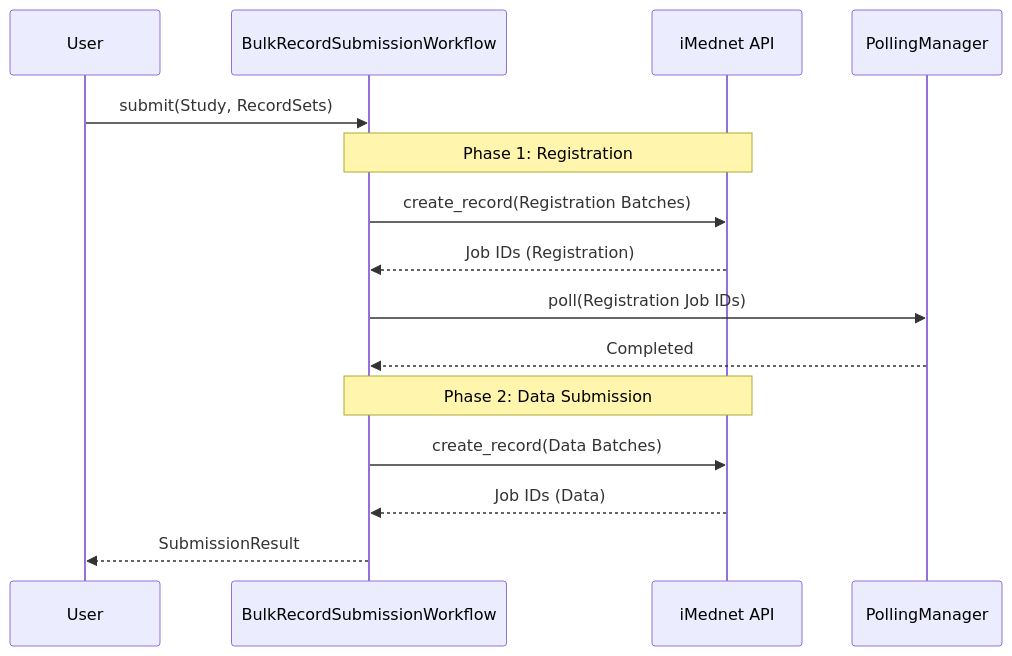
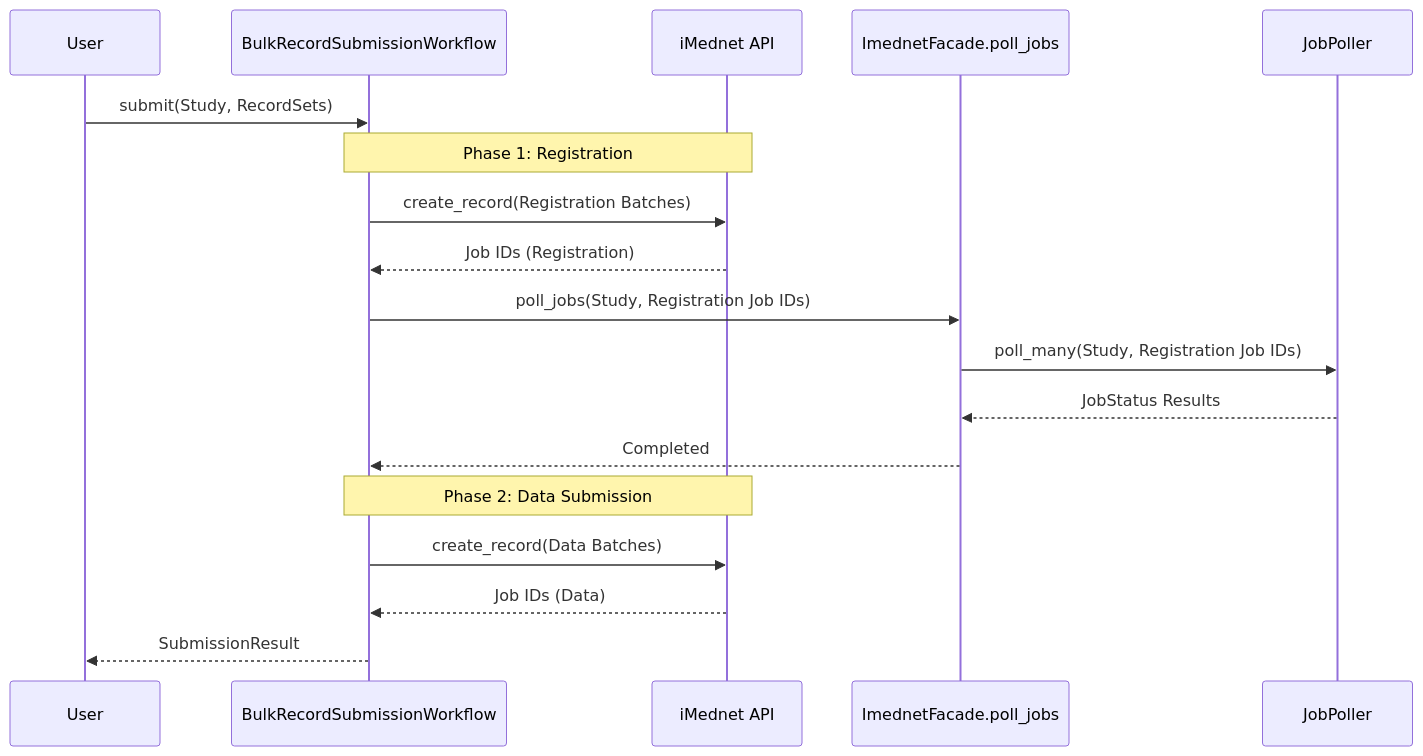
Before and after one commit to fderuiter/imednet-toolkit: the diagram in docs/how-to/workflows/bulk_submission.rst, drawn with Mermaid. The commit also changed 31 other files, not shown here.

```diff
--- a/docs/how-to/workflows/bulk_submission.rst
+++ b/docs/how-to/workflows/bulk_submission.rst
@@ -19,20 +19,23 @@
 .. mermaid::
 
     sequenceDiagram
         accTitle: Two-Phase Bulk Record Submission Sequence
-        accDescr: Sequence showing Phase 1 subject registration batch submission and job polling followed by Phase 2 clinical data batch submission
+        accDescr: Sequence showing Phase 1 Subject registration batch submission and Job polling via ImednetFacade.poll_jobs and JobPoller followed by Phase 2 Record data batch submission
         participant User
         participant Orchestrator as BulkRecordSubmissionWorkflow
         participant API as iMednet API
-        participant Poller as PollingManager
+        participant Facade as ImednetFacade.poll_jobs
+        participant Poller as JobPoller
 
         User->>Orchestrator: submit(Study, RecordSets)
         Note over Orchestrator,API: Phase 1: Registration
         Orchestrator->>API: create_record(Registration Batches)
         API-->>Orchestrator: Job IDs (Registration)
-        Orchestrator->>Poller: poll(Registration Job IDs)
-        Poller-->>Orchestrator: Completed
+        Orchestrator->>Facade: poll_jobs(Study, Registration Job IDs)
+        Facade->>Poller: poll_many(Study, Registration Job IDs)
+        Poller-->>Facade: JobStatus Results
+        Facade-->>Orchestrator: Completed
         Note over Orchestrator,API: Phase 2: Data Submission
         Orchestrator->>API: create_record(Data Batches)
         API-->>Orchestrator: Job IDs (Data)
         Orchestrator-->>User: SubmissionResult
```
